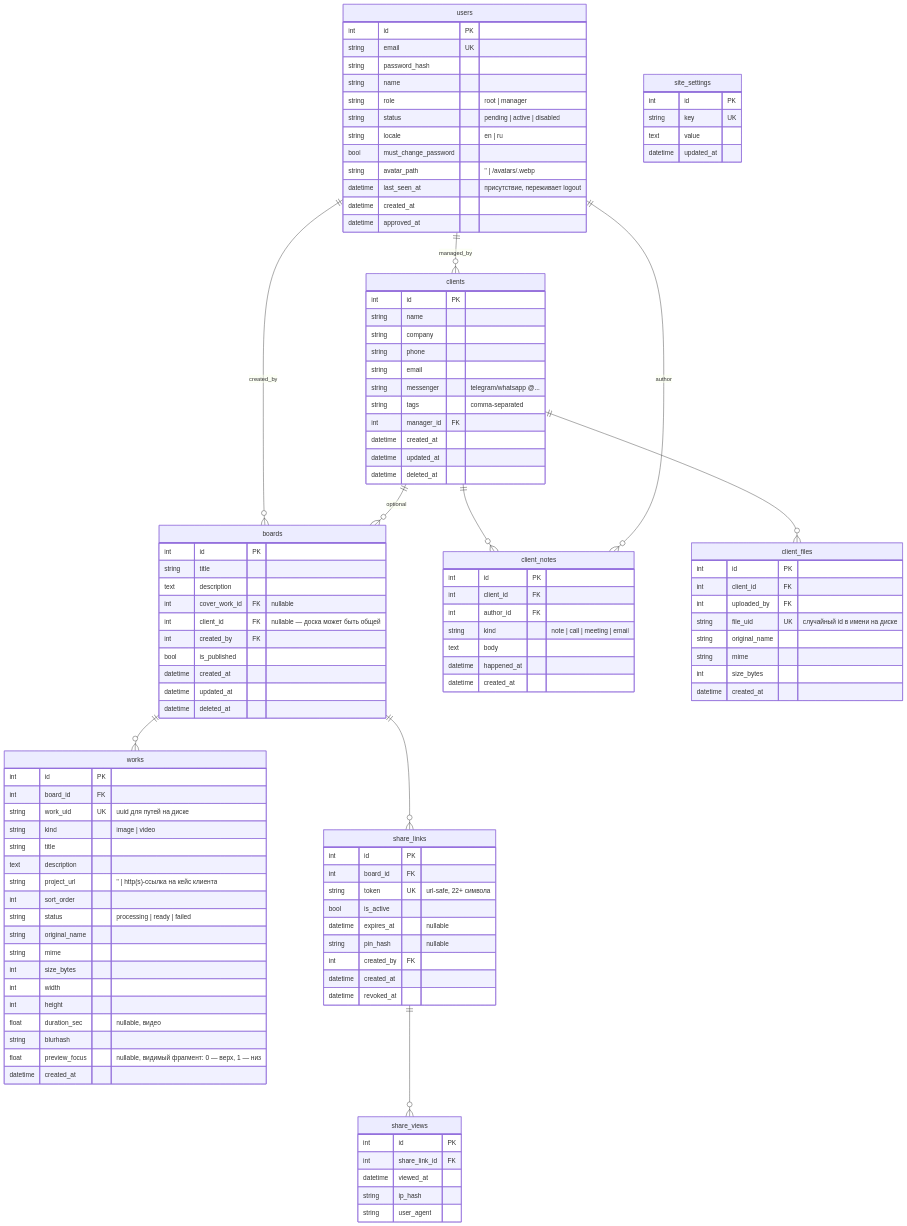
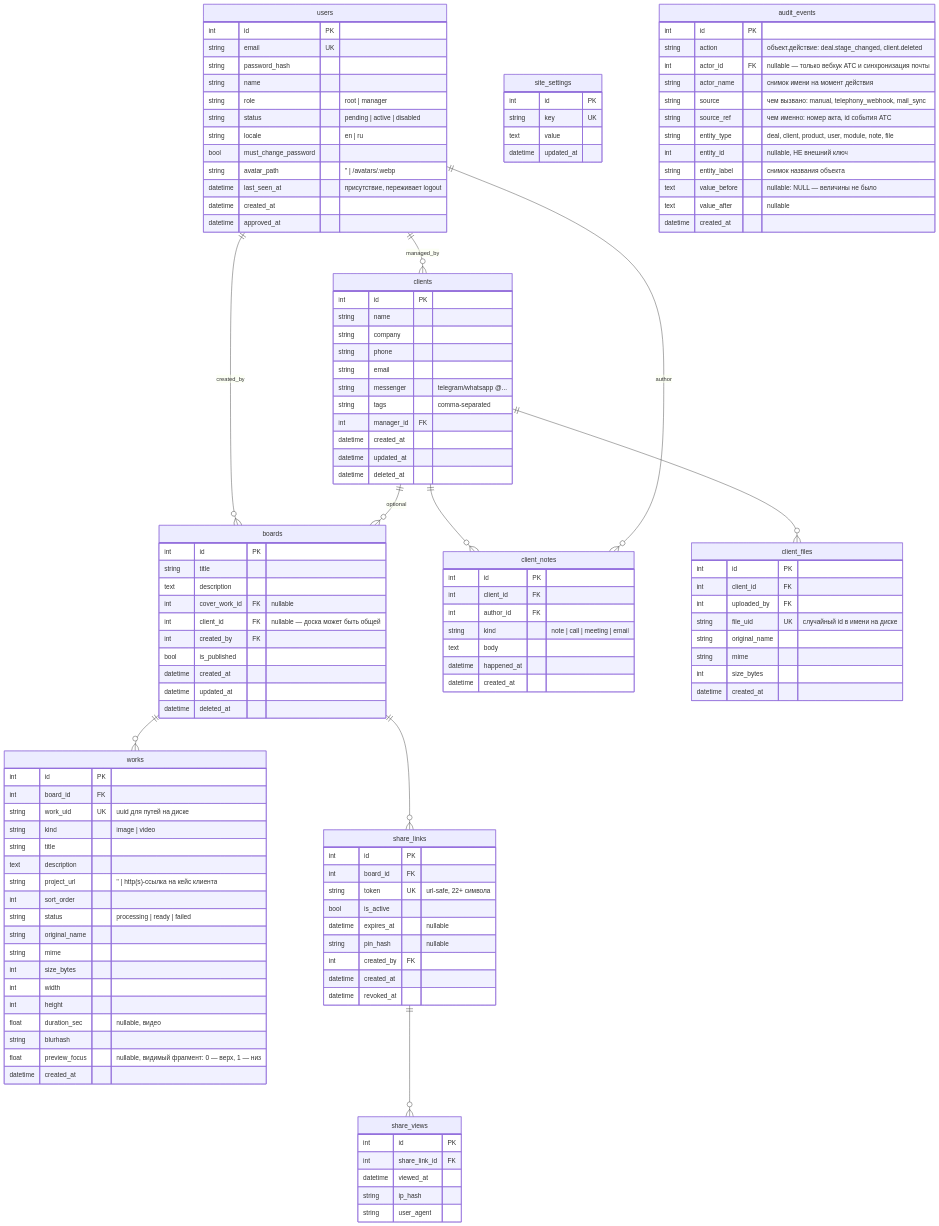
One commit to DenisHumen/OpenCRM changed the first of 2 diagrams in docs/03-database.md. Above: the diagram before and after it, drawn with Mermaid. The commit also changed other lines of this file and 30 other files, not shown here.

````diff
--- a/docs/03-database.md
+++ b/docs/03-database.md
@@ -132,4 +132,19 @@
         text value
         datetime updated_at
     }
+
+    audit_events {
+        int id PK
+        string action "объект.действие: deal.stage_changed, client.deleted"
+        int actor_id FK "nullable — только вебхук АТС и синхронизация почты"
+        string actor_name "снимок имени на момент действия"
+        string source "чем вызвано: manual, telephony_webhook, mail_sync"
+        string source_ref "чем именно: номер акта, id события АТС"
+        string entity_type "deal, client, product, user, module, note, file"
+        int entity_id "nullable, НЕ внешний ключ"
+        string entity_label "снимок названия объекта"
+        text value_before "nullable: NULL — величины не было"
+        text value_after "nullable"
+        datetime created_at
+    }
 ```
````
